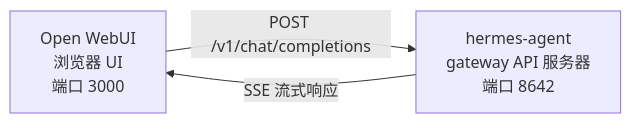
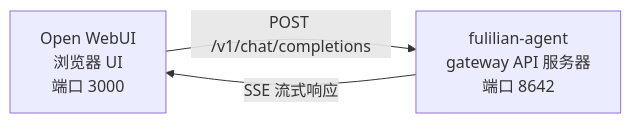
One commit to xujuan-cyber/fulilian changed the diagram in website/i18n/zh-Hans/docusaurus-plugin-content-docs/current/user-guide/messaging/open-webui.md. Above: the diagram before and after it, drawn with Mermaid. The commit also changed other lines of this file and 6870 other files, not shown here.

Commit message:
fulilian rename complete: v0.1.0, ~/.fulilian home, no HERMES_ env compat, upstream update checks disabled

````diff
--- a/website/i18n/zh-Hans/docusaurus-plugin-content-docs/current/user-guide/messaging/open-webui.md
+++ b/website/i18n/zh-Hans/docusaurus-plugin-content-docs/current/user-guide/messaging/open-webui.md
@@ -13,7 +13,7 @@
 ```mermaid
 flowchart LR
     A["Open WebUI<br/>浏览器 UI<br/>端口 3000"]
-    B["hermes-agent<br/>gateway API 服务器<br/>端口 8642"]
+    B["fulilian-agent<br/>gateway API 服务器<br/>端口 8642"]
     A -->|POST /v1/chat/completions| B
     B -->|SSE 流式响应| A
 ```
````
